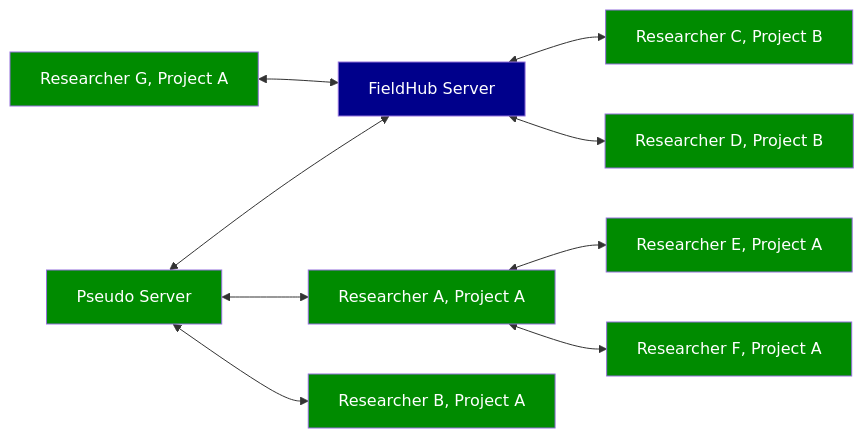
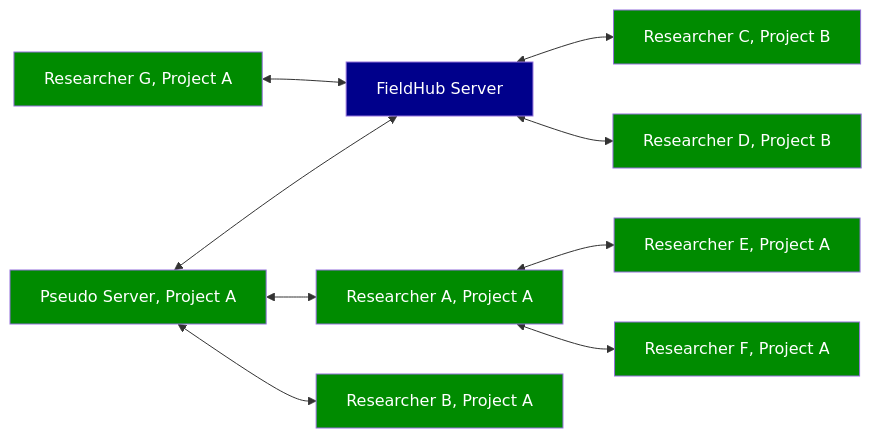
The fourth of 4 diagrams in README.md (dainst/idai-field), drawn with Mermaid before and after one commit.

Commit message:
Add project to pseudo server node

````diff
--- a/README.md
+++ b/README.md
@@ -79,22 +79,22 @@
 ```mermaid
 flowchart LR;
-    Pseudo[Pseudo Server] <-->  Hub[FieldHub Server];
-    Pseudo[Pseudo Server] <--> A[Researcher A, Project A];
-    Pseudo[Pseudo Server] <--> B[Researcher B, Project A];
+    Pseudo[Pseudo Server, Project A] <-->  Hub[FieldHub Server];
+    Pseudo[Pseudo Server, Project A] <--> A[Researcher A, Project A];
+    Pseudo[Pseudo Server, Project A] <--> B[Researcher B, Project A];
     Hub[FieldHub Server] <--> C[Researcher C, Project B];
     Hub[FieldHub Server] <--> D[Researcher D, Project B];
     A[Researcher A, Project A] <--> E[Researcher E, Project A];
     A[Researcher A, Project A] <--> F[Researcher F, Project A];
     G[Researcher G, Project A] <--> Hub[FieldHub Server];
 
     classDef default color:#fff
     style Hub fill:#00008B
     style Pseudo fill:#008B00
     style A fill:#008B00
     style B fill:#008B00
     style C fill:#008B00
     style D fill:#008B00
     style E fill:#008B00
     style F fill:#008B00
     style G fill:#008B00
 ```
````
